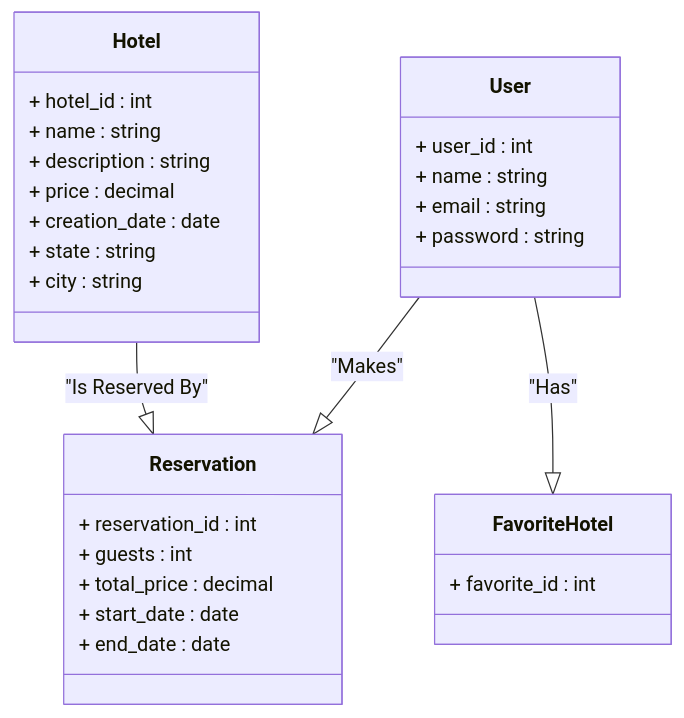
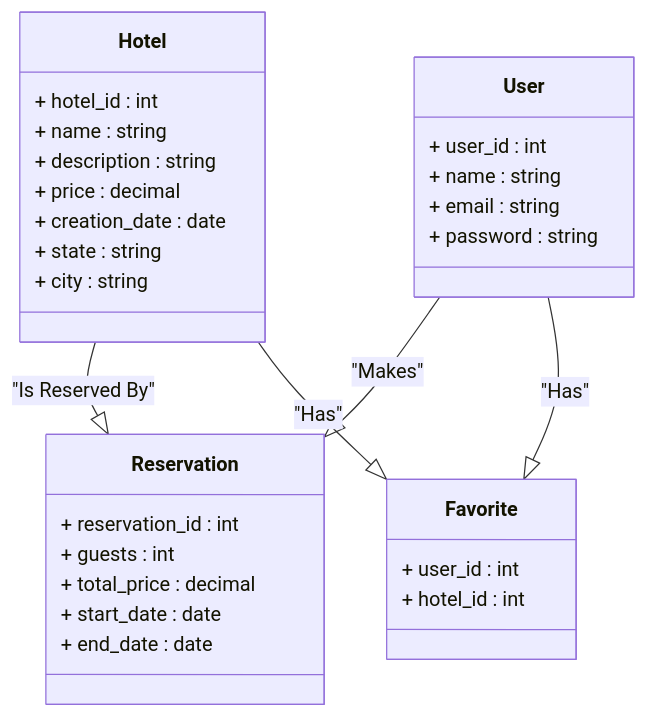
Before and after one commit to Fellipe-Barradas/hotel-reserve: the diagram in README.md, drawn with Mermaid. The commit also changed other lines of this file, not shown here.

````diff
--- a/README.md
+++ b/README.md
@@ -20,35 +23,37 @@
 ``` mermaid
 classDiagram
     class Hotel {
         + hotel_id : int
         + name : string
         + description : string
         + price : decimal
         + creation_date : date
         + state : string
         + city : string
     }
 
     class User {
         + user_id : int
         + name : string
         + email : string
         + password : string
     }
 
-    class FavoriteHotel {
-        + favorite_id : int
-    }
-
     class Reservation {
         + reservation_id : int
         + guests : int
         + total_price : decimal
         + start_date : date
         + end_date : date
     }
 
-    User --|> FavoriteHotel : "Has"
+    class Favorite {
+        + user_id : int
+        + hotel_id : int
+    }
+
     Hotel --|> Reservation : "Is Reserved By"
     User --|> Reservation : "Makes"
+    User --|> Favorite : "Has"
+    Hotel --|> Favorite : "Has"
 ```
````
